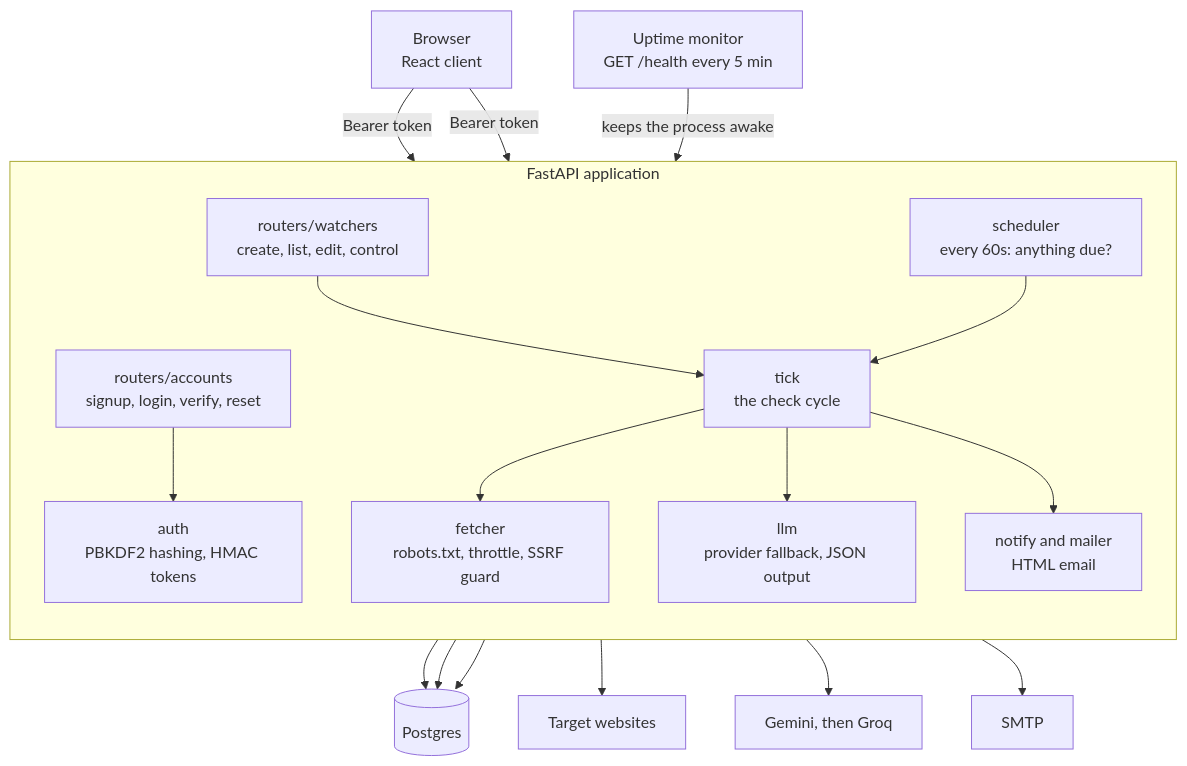
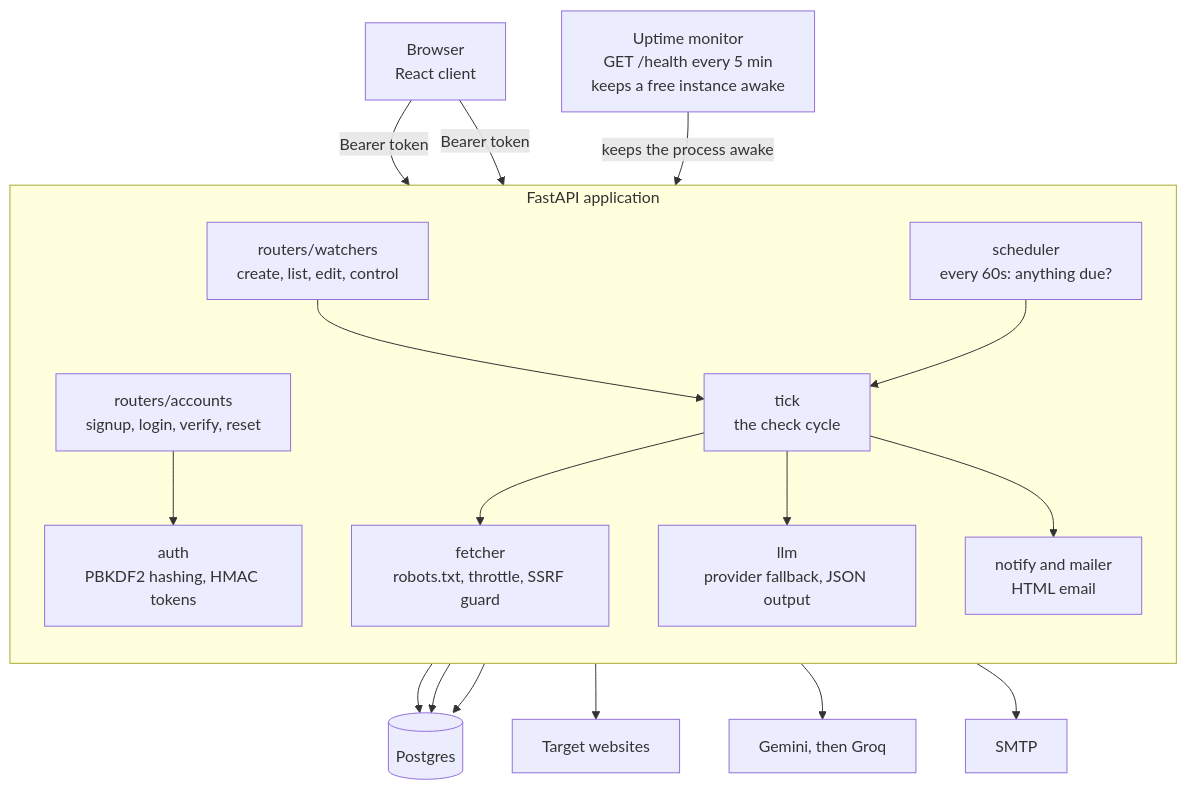
Before and after one commit to Ahsan-20/Argus: the first of 2 diagrams in backend/README.md, drawn with Mermaid. The commit also changed other lines of this file and 2 other files, not shown here.

````diff
--- a/backend/README.md
+++ b/backend/README.md
@@ -18,40 +18,40 @@
 ```mermaid
 flowchart TB
     BROWSER["Browser<br/>React client"]
-    MONITOR["Uptime monitor<br/>GET /health every 5 min"]
+    MONITOR["Uptime monitor<br/>GET /health every 5 min<br/>keeps a free instance awake"]
 
     subgraph APP["FastAPI application"]
         direction TB
         ACCOUNTS["routers/accounts<br/>signup, login, verify, reset"]
         WATCHERS["routers/watchers<br/>create, list, edit, control"]
         AUTHMOD["auth<br/>PBKDF2 hashing, HMAC tokens"]
         SCHED["scheduler<br/>every 60s: anything due?"]
         TICK["tick<br/>the check cycle"]
         FETCH["fetcher<br/>robots.txt, throttle, SSRF guard"]
         LLM["llm<br/>provider fallback, JSON output"]
         NOTIFY["notify and mailer<br/>HTML email"]
     end
 
     DB[("Postgres")]
     SITES["Target websites"]
     MODELS["Gemini, then Groq"]
     MAIL["SMTP"]
 
     BROWSER -- "Bearer token" --> ACCOUNTS
     BROWSER -- "Bearer token" --> WATCHERS
     MONITOR -- "keeps the process awake" --> APP
 
     ACCOUNTS --> AUTHMOD
     WATCHERS --> TICK
     SCHED --> TICK
     TICK --> FETCH
     TICK --> LLM
     TICK --> NOTIFY
 
     ACCOUNTS --> DB
     WATCHERS --> DB
     TICK --> DB
     FETCH --> SITES
     LLM --> MODELS
     NOTIFY --> MAIL
 ```
````
